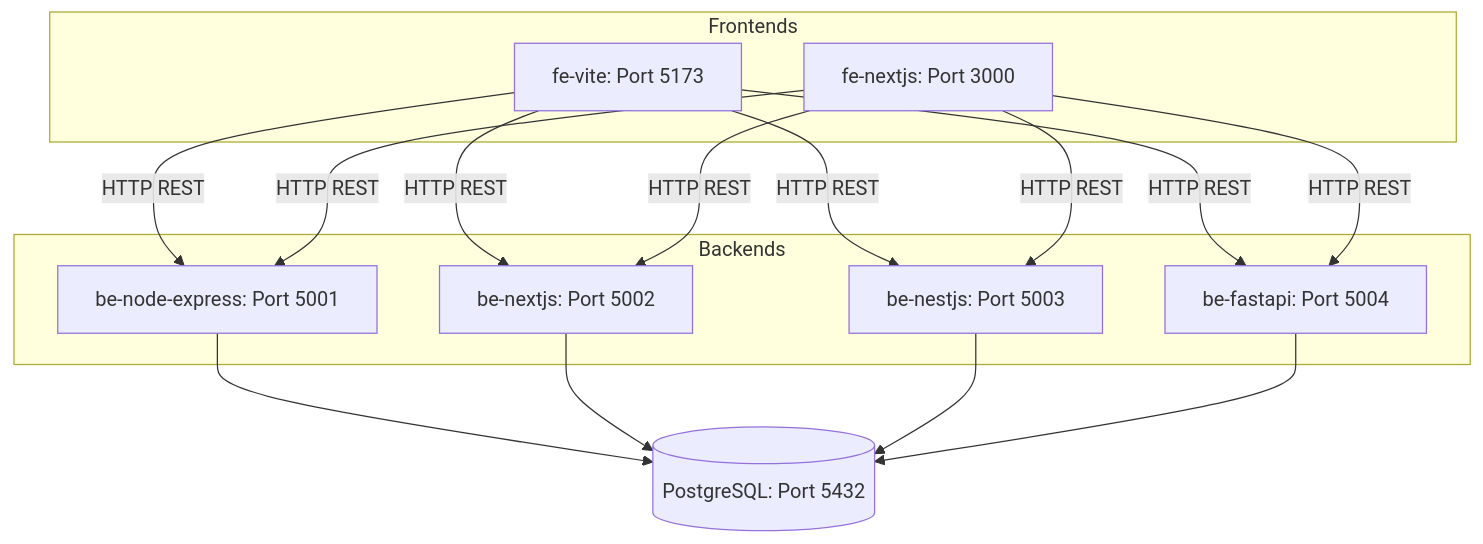
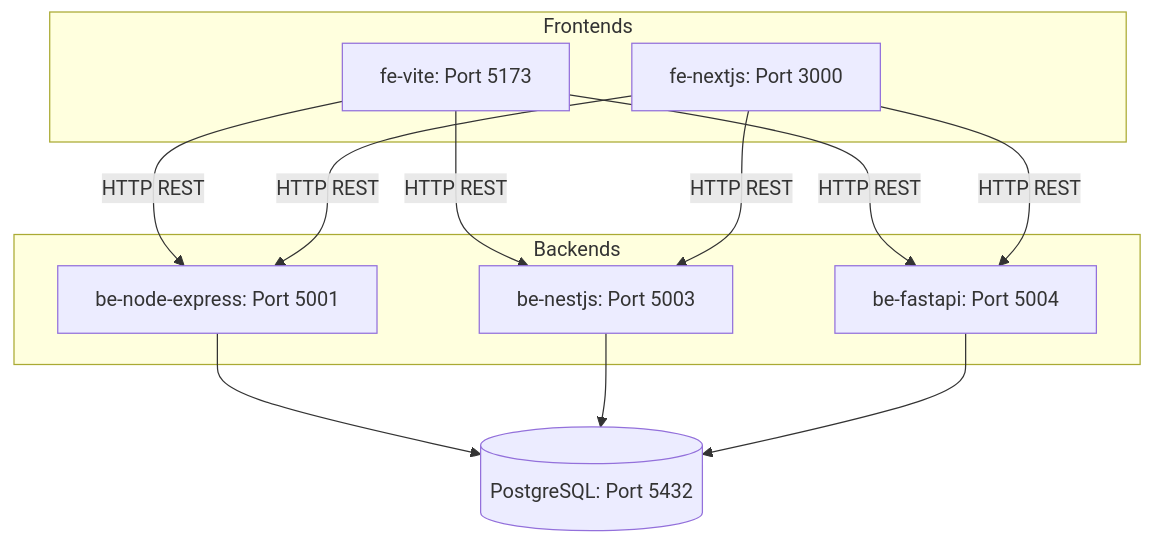
One commit to aminhp93/todo-app changed the diagram in ARCHITECTURE.md. Above: the diagram before and after it, drawn with Mermaid. The commit also changed other lines of this file and 13 other files, not shown here.

````diff
--- a/ARCHITECTURE.md
+++ b/ARCHITECTURE.md
@@ -9,31 +9,27 @@
 ```mermaid
 graph TD
     subgraph Frontends
         Vite[fe-vite: Port 5173]
         NextFE[fe-nextjs: Port 3000]
     end
 
     subgraph Backends
         NodeBE[be-node-express: Port 5001]
-        NextBE[be-nextjs: Port 5002]
         NestBE[be-nestjs: Port 5003]
         FastAPI[be-fastapi: Port 5004]
     end
 
     DB[(PostgreSQL: Port 5432)]
 
     Vite -->|HTTP REST| NodeBE
-    Vite -->|HTTP REST| NextBE
     Vite -->|HTTP REST| NestBE
     Vite -->|HTTP REST| FastAPI
 
     NextFE -->|HTTP REST| NodeBE
-    NextFE -->|HTTP REST| NextBE
     NextFE -->|HTTP REST| NestBE
     NextFE -->|HTTP REST| FastAPI
 
     NodeBE --> DB
-    NextBE --> DB
     NestBE --> DB
     FastAPI --> DB
 ```
````
